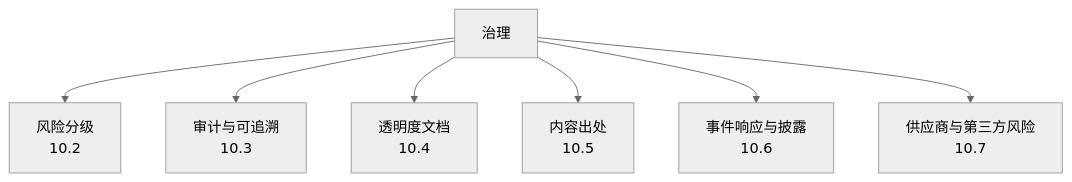
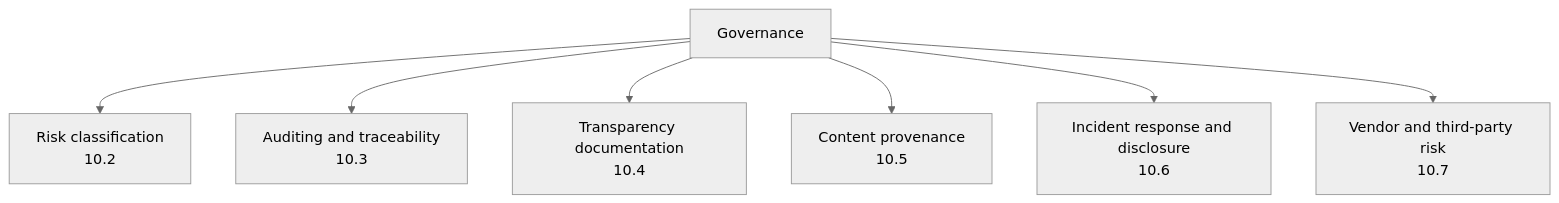
One commit to oneleaveknowsthefall/awesome-ai-roadmap changed the first of 2 diagrams in docs/safety/05-assurance-governance/10-ai-governance-risk-classification-audit-provenance.md. Above: the diagram before and after it, drawn with Mermaid (neutral theme). The commit also changed other lines of this file and 82 other files, not shown here.

````diff
--- a/docs/safety/05-assurance-governance/10-ai-governance-risk-classification-audit-provenance.md
+++ b/docs/safety/05-assurance-governance/10-ai-governance-risk-classification-audit-provenance.md
@@ -11,9 +11,9 @@
 ```mermaid
 flowchart TB
-    G[治理] --> G1[风险分级<br/>10.2]
-    G --> G2[审计与可追溯<br/>10.3]
-    G --> G3[透明度文档<br/>10.4]
-    G --> G4[内容出处<br/>10.5]
-    G --> G5[事件响应与披露<br/>10.6]
-    G --> G6[供应商与第三方风险<br/>10.7]
+    G[Governance] --> G1[Risk classification<br/>10.2]
+    G --> G2[Auditing and traceability<br/>10.3]
+    G --> G3[Transparency documentation<br/>10.4]
+    G --> G4[Content provenance<br/>10.5]
+    G --> G5[Incident response and disclosure<br/>10.6]
+    G --> G6[Vendor and third-party risk<br/>10.7]
 ```
````
